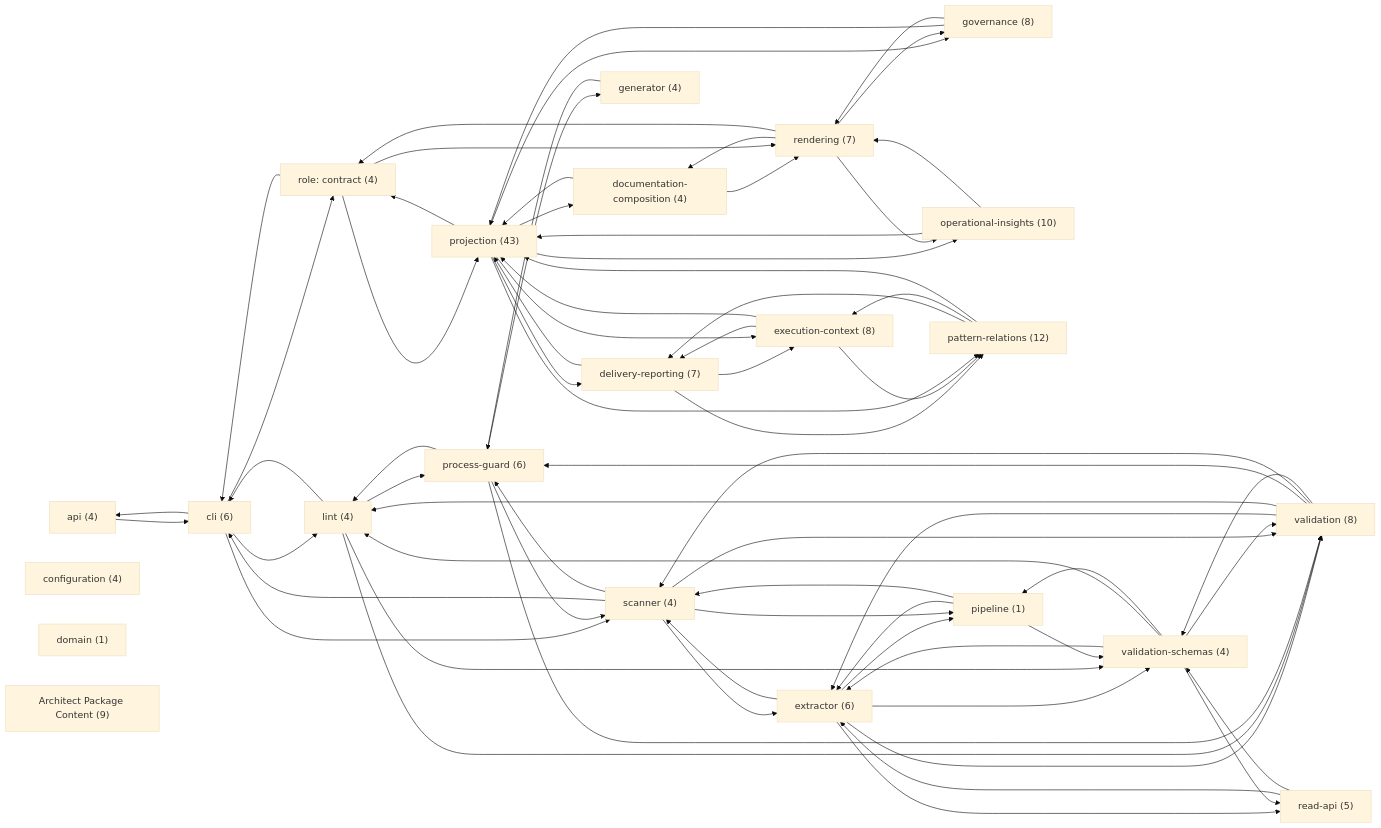
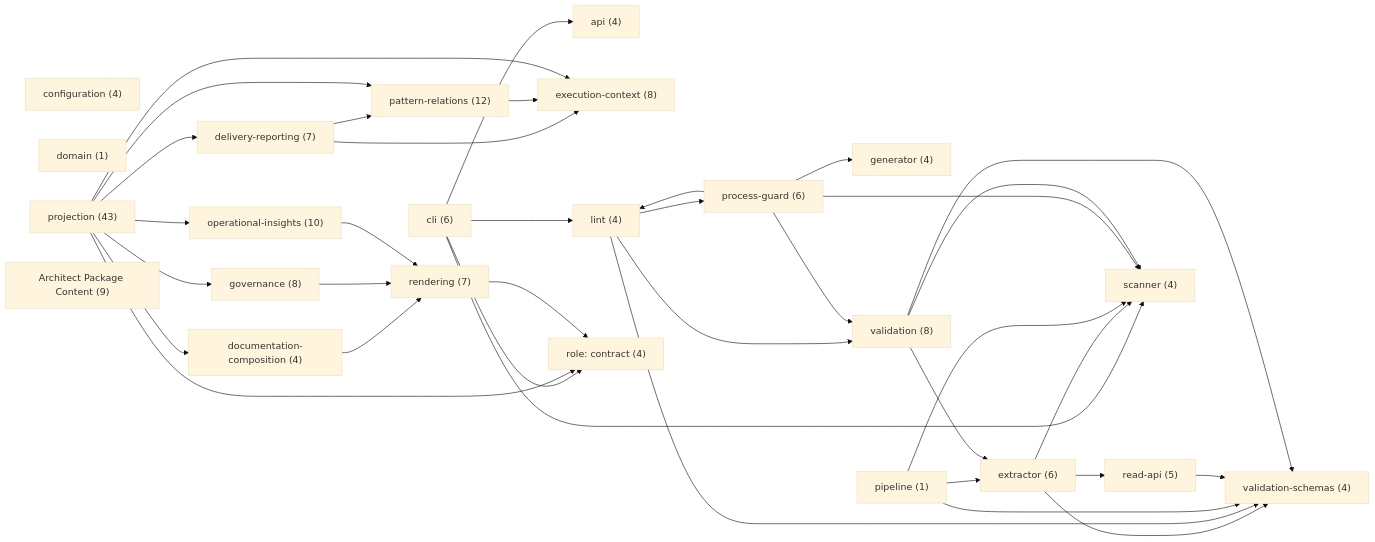
The first of 24 diagrams in docs-live/ARCHITECTURE.md (libar-dev/architect), drawn with Mermaid (base theme) before and after one commit. The commit also changed other lines of this file and 5 other files, not shown here.

````diff
--- a/docs-live/ARCHITECTURE.md
+++ b/docs-live/ARCHITECTURE.md
@@ -40,36 +40,22 @@
   validation_schemas["validation-schemas (4)"]
   role_contract["role: contract (4)"]
   pkg_architect_package_content["Architect Package Content (9)"]
-  api --> cli
   cli --> api
   cli --> lint
   cli --> role_contract
   cli --> scanner
   delivery_reporting --> execution_context
   delivery_reporting --> pattern_relations
-  delivery_reporting --> projection
-  documentation_composition --> projection
   documentation_composition --> rendering
-  execution_context --> delivery_reporting
-  execution_context --> pattern_relations
-  execution_context --> projection
-  extractor --> pipeline
   extractor --> read_api
   extractor --> scanner
-  extractor --> validation
   extractor --> validation_schemas
-  generator --> process_guard
-  governance --> projection
   governance --> rendering
-  lint --> cli
   lint --> process_guard
   lint --> validation
   lint --> validation_schemas
-  operational_insights --> projection
   operational_insights --> rendering
-  pattern_relations --> delivery_reporting
   pattern_relations --> execution_context
-  pattern_relations --> projection
   pipeline --> extractor
   pipeline --> scanner
   pipeline --> validation_schemas
@@ -84,28 +70,9 @@
   projection --> operational_insights
   projection --> pattern_relations
   projection --> role_contract
-  read_api --> extractor
   read_api --> validation_schemas
-  rendering --> documentation_composition
-  rendering --> governance
-  rendering --> operational_insights
   rendering --> role_contract
-  role_contract --> cli
-  role_contract --> projection
-  role_contract --> rendering
-  scanner --> cli
-  scanner --> extractor
-  scanner --> pipeline
-  scanner --> process_guard
-  scanner --> validation
   validation --> extractor
-  validation --> lint
-  validation --> process_guard
   validation --> scanner
   validation --> validation_schemas
-  validation_schemas --> extractor
-  validation_schemas --> lint
-  validation_schemas --> pipeline
-  validation_schemas --> read_api
-  validation_schemas --> validation
 ```
````
